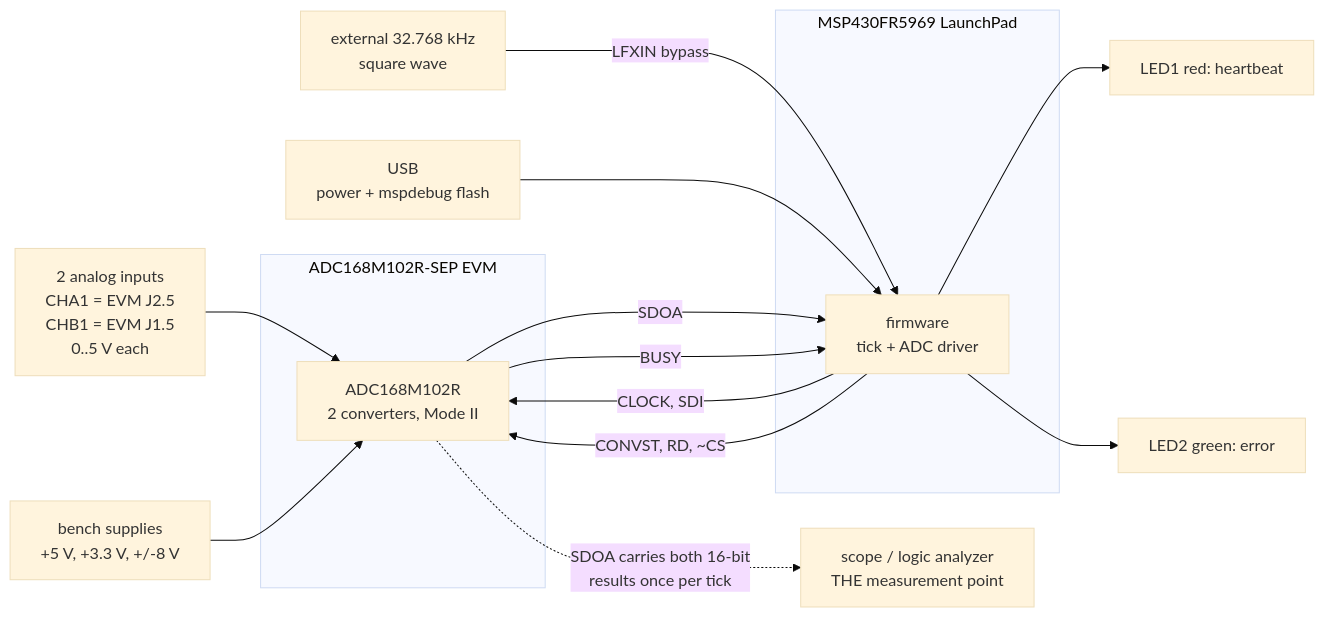
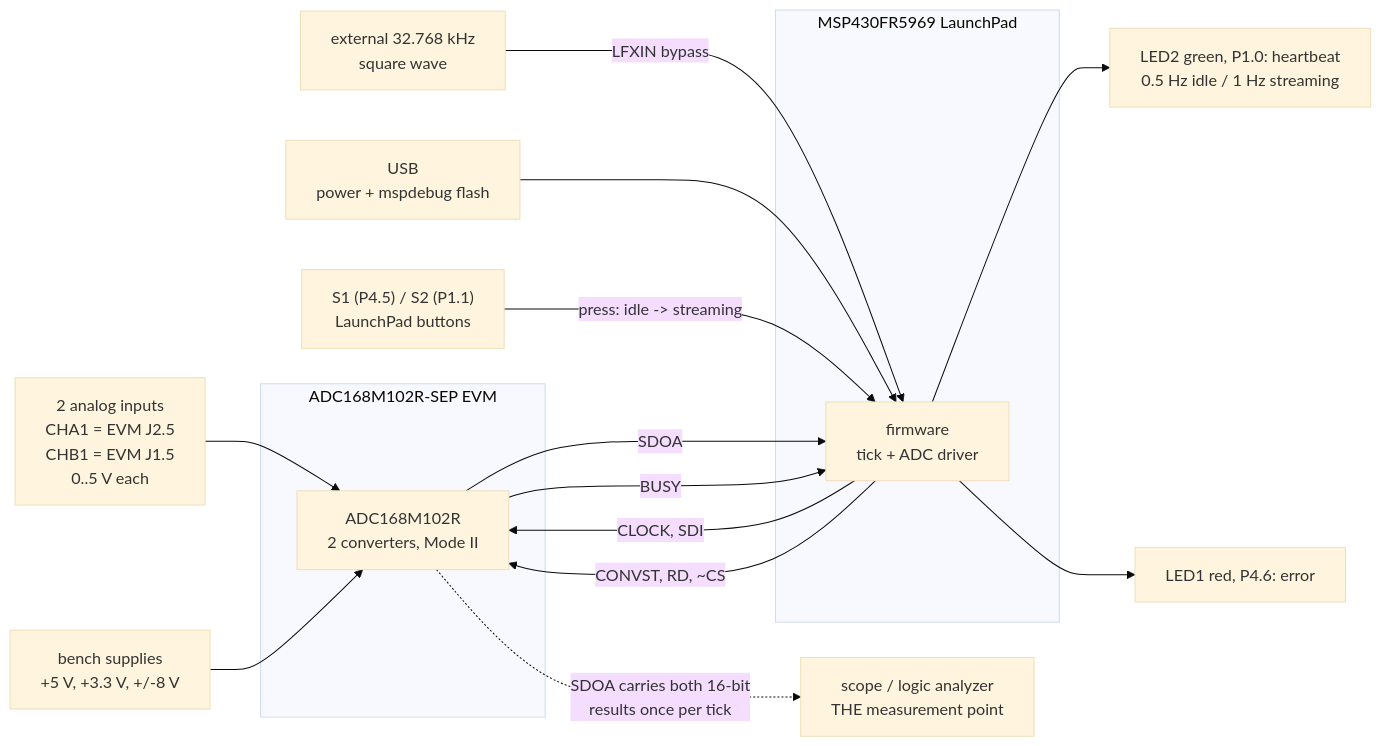
Before and after one commit to S-OConnor/MSP430_TestRepo: the first of 13 diagrams in docs/DESIGN.md, drawn with Mermaid (base theme). The commit also changed other lines of this file and 12 other files, not shown here.

````diff
--- a/docs/DESIGN.md
+++ b/docs/DESIGN.md
@@ -89,31 +108,33 @@
 ```mermaid
 flowchart LR
     AIN["2 analog inputs<br/>CHA1 = EVM J2.5<br/>CHB1 = EVM J1.5<br/>0..5 V each"]
     PWR["bench supplies<br/>+5 V, +3.3 V, +/-8 V"]
     XTAL["external 32.768 kHz<br/>square wave"]
     USB["USB<br/>power + mspdebug flash"]
+    BTN["S1 (P4.5) / S2 (P1.1)<br/>LaunchPad buttons"]
 
     subgraph EVM["ADC168M102R-SEP EVM"]
         ADC["ADC168M102R<br/>2 converters, Mode II"]
     end
 
     subgraph LP["MSP430FR5969 LaunchPad"]
         MCU["firmware<br/>tick + ADC driver"]
     end
 
     SCOPE["scope / logic analyzer<br/>THE measurement point"]
 
     AIN --> ADC
     PWR --> ADC
     XTAL -->|LFXIN bypass| MCU
     USB --> MCU
+    BTN -->|"press: idle -> streaming"| MCU
 
     MCU -->|"CLOCK, SDI"| ADC
     MCU -->|"CONVST, RD, ~CS"| ADC
     ADC -->|SDOA| MCU
     ADC -->|BUSY| MCU
 
     ADC -.->|"SDOA carries both 16-bit<br/>results once per tick"| SCOPE
-    MCU --> LED1["LED1 red: heartbeat"]
-    MCU --> LED2["LED2 green: error"]
+    MCU --> LEDH["LED2 green, P1.0: heartbeat<br/>0.5 Hz idle / 1 Hz streaming"]
+    MCU --> LEDE["LED1 red, P4.6: error"]
 ```
````
